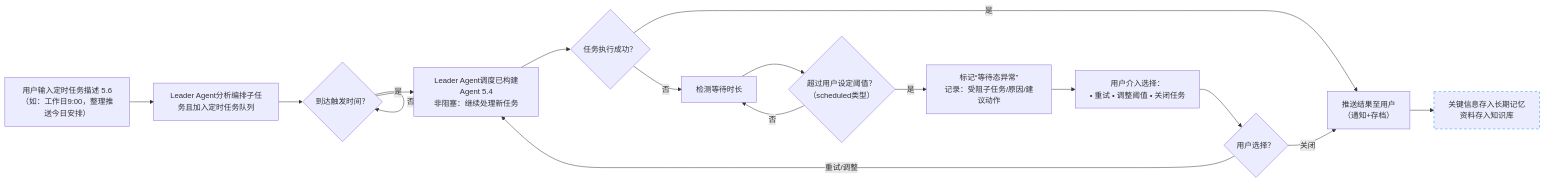
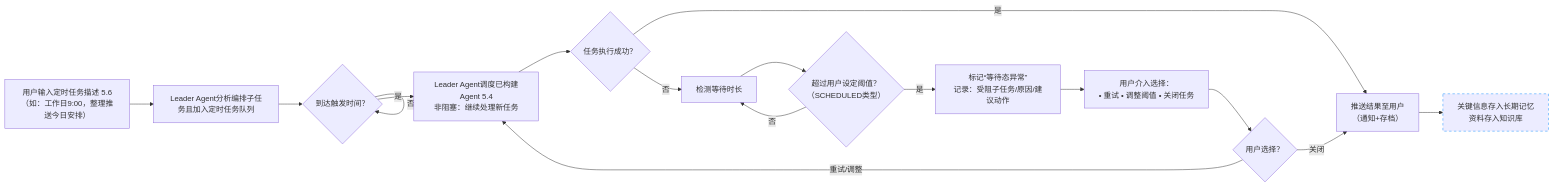
The second of 4 diagrams in docs/Agent 开发文档/01-需求分析.md (ivanzwb/coobot), drawn with Mermaid before and after one commit. The commit also changed other lines of this file and 4 other files, not shown here.

````diff
--- a/docs/Agent 开发文档/01-需求分析.md
+++ b/docs/Agent 开发文档/01-需求分析.md
@@ -115,21 +136,21 @@
 ```mermaid
 flowchart LR
-    A[用户输入定时任务描述 5.6<br>（如：工作日9:00，整理推送今日安排）] --> B[Leader Agent分析编排子任务且加入定时任务队列] 
+    A[用户输入定时任务描述 5.6<br>（如：工作日9:00，整理推送今日安排）] --> B[Leader Agent分析编排子任务且加入定时任务队列]
     B --> C{到达触发时间？}
     C -- 否 --> C
     C -- 是 --> D[Leader Agent调度已构建Agent 5.4<br>非阻塞：继续处理新任务]
     D --> E{任务执行成功？}
     E -- 是 --> F[推送结果至用户<br>（通知+存档）]
     E -- 否 --> G[检测等待时长]
-    G --> H{超过用户设定阈值？<br>（scheduled类型）}
+    G --> H{超过用户设定阈值？<br>（SCHEDULED类型）}
     H -- 否 --> G
     H -- 是 --> I[标记“等待态异常”<br>记录：受阻子任务/原因/建议动作]
     I --> J[用户介入选择：<br>• 重试 • 调整阈值 • 关闭任务]
     J --> K{用户选择？}
     K -- 重试/调整 --> D
     K -- 关闭 --> F
     F --> M[关键信息存入长期记忆<br>资料存入知识库]
 
     classDef optional stroke-dasharray: 5 5, stroke:#1890ff;
     class M optional;
 ```
````
